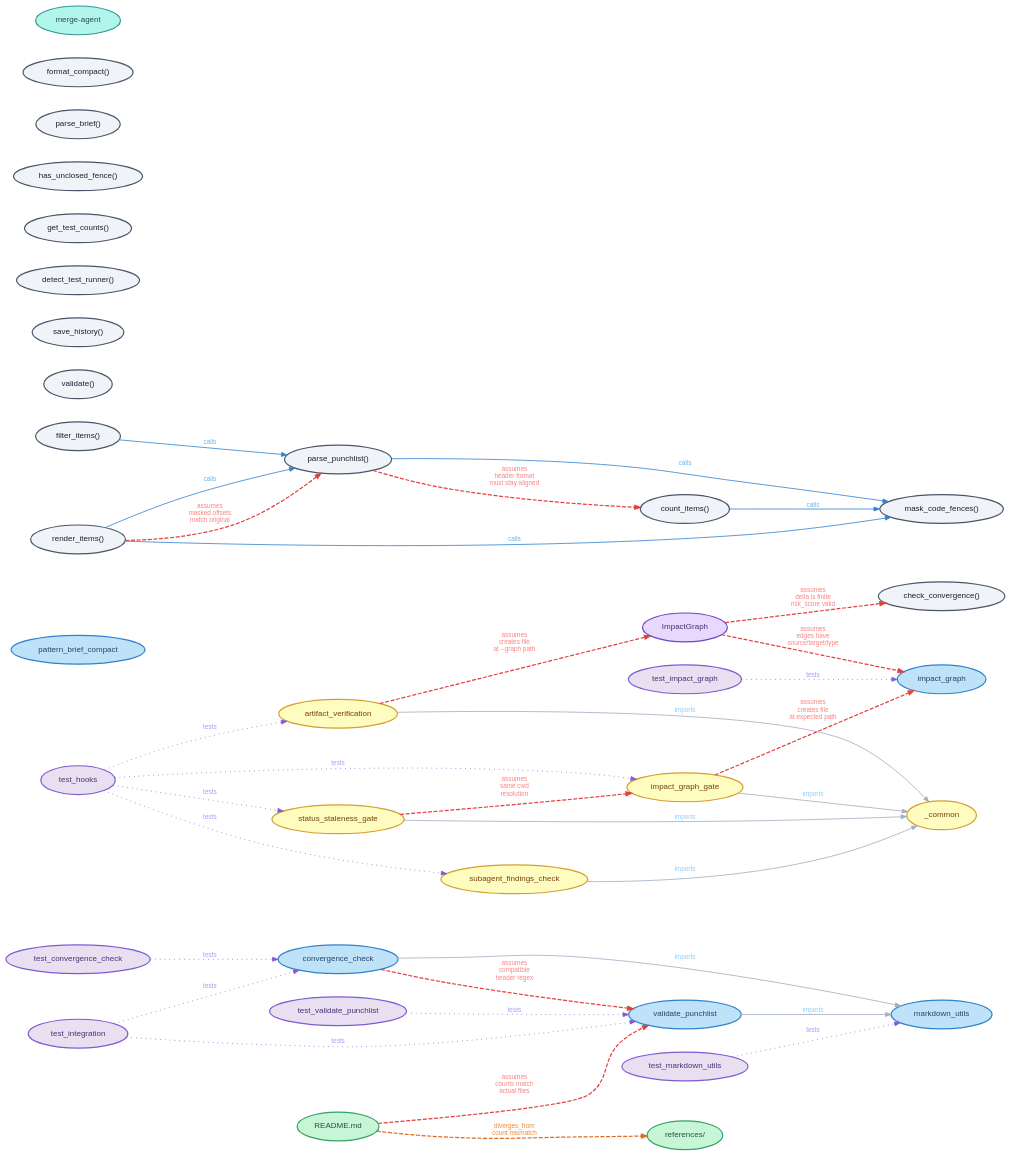
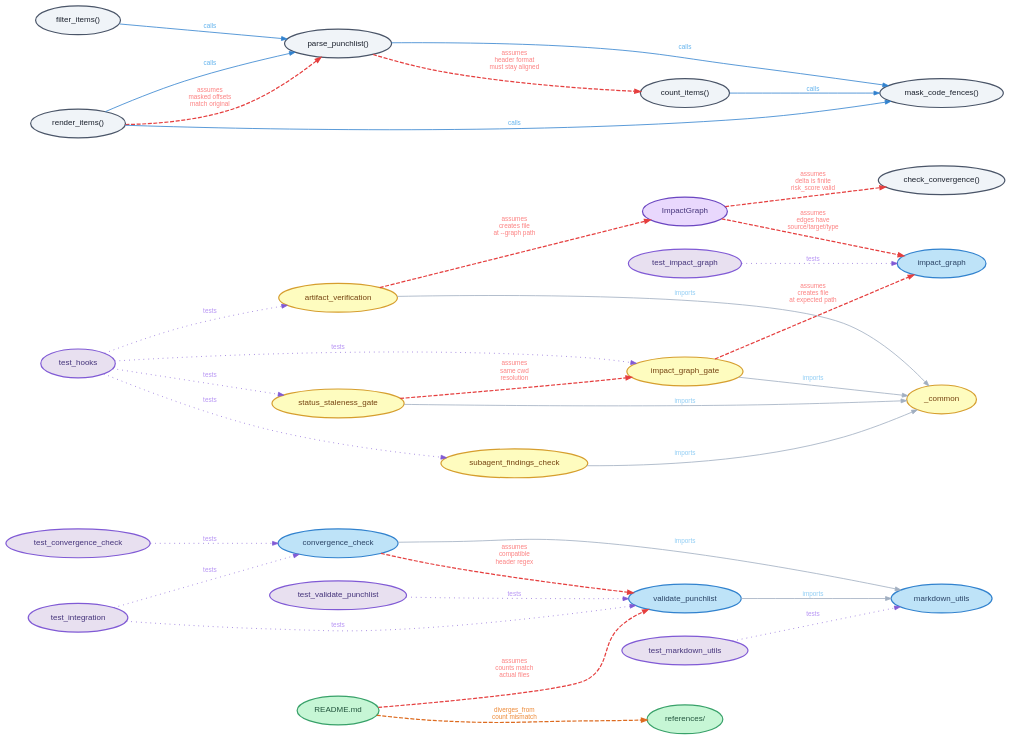
Before and after one commit to jbrjake/holtz: the diagram in docs/diagrams/impact-graph.dot, drawn with Graphviz. The commit also changed 2 other files, not shown here.

Commit message:
docs: remove 9 orphan nodes from impact graph
Drop nodes with no edges: pattern_brief_compact, validate_fn,
save_history, detect_test_runner, get_test_counts, has_unclosed_fence,
parse_brief, format_compact, merge_agent. Remove teal legend entry
from README. Graph down from 33 to 24 nodes, 1502pt to 982pt tall.

```diff
--- a/docs/diagrams/impact-graph.dot
+++ b/docs/diagrams/impact-graph.dot
@@ -37,18 +37,10 @@
     label="markdown_utils"
     fillcolor="#bee3f8" color="#3182ce" fontcolor="#2a4365"
   ]
-  pattern_brief_compact [
-    label="pattern_brief_compact"
-    fillcolor="#bee3f8" color="#3182ce" fontcolor="#2a4365"
-  ]
 
   // Functions — light gray
   parse_punchlist [
     label="parse_punchlist()"
-    fillcolor="#f0f4f8" color="#4a5568" fontcolor="#1a202c"
-  ]
-  validate_fn [
-    label="validate()"
     fillcolor="#f0f4f8" color="#4a5568" fontcolor="#1a202c"
   ]
   count_items [
@@ -59,24 +51,8 @@
     label="check_convergence()"
     fillcolor="#f0f4f8" color="#4a5568" fontcolor="#1a202c"
   ]
-  save_history [
-    label="save_history()"
-    fillcolor="#f0f4f8" color="#4a5568" fontcolor="#1a202c"
-  ]
-  detect_test_runner [
-    label="detect_test_runner()"
-    fillcolor="#f0f4f8" color="#4a5568" fontcolor="#1a202c"
-  ]
-  get_test_counts [
-    label="get_test_counts()"
-    fillcolor="#f0f4f8" color="#4a5568" fontcolor="#1a202c"
-  ]
   mask_code_fences [
     label="mask_code_fences()"
-    fillcolor="#f0f4f8" color="#4a5568" fontcolor="#1a202c"
-  ]
-  has_unclosed_fence [
-    label="has_unclosed_fence()"
     fillcolor="#f0f4f8" color="#4a5568" fontcolor="#1a202c"
   ]
   filter_items [
@@ -85,14 +61,6 @@
   ]
   render_items [
     label="render_items()"
-    fillcolor="#f0f4f8" color="#4a5568" fontcolor="#1a202c"
-  ]
-  parse_brief [
-    label="parse_brief()"
-    fillcolor="#f0f4f8" color="#4a5568" fontcolor="#1a202c"
-  ]
-  format_compact [
-    label="format_compact()"
     fillcolor="#f0f4f8" color="#4a5568" fontcolor="#1a202c"
   ]
 
@@ -132,12 +100,6 @@
   references [
     label="references/"
     fillcolor="#c6f6d5" color="#38a169" fontcolor="#22543d"
-  ]
-
-  // Agent — teal
-  merge_agent [
-    label="merge-agent"
-    fillcolor="#b2f5ea" color="#319795" fontcolor="#234e52"
   ]
 
   // Tests — light indigo
```
